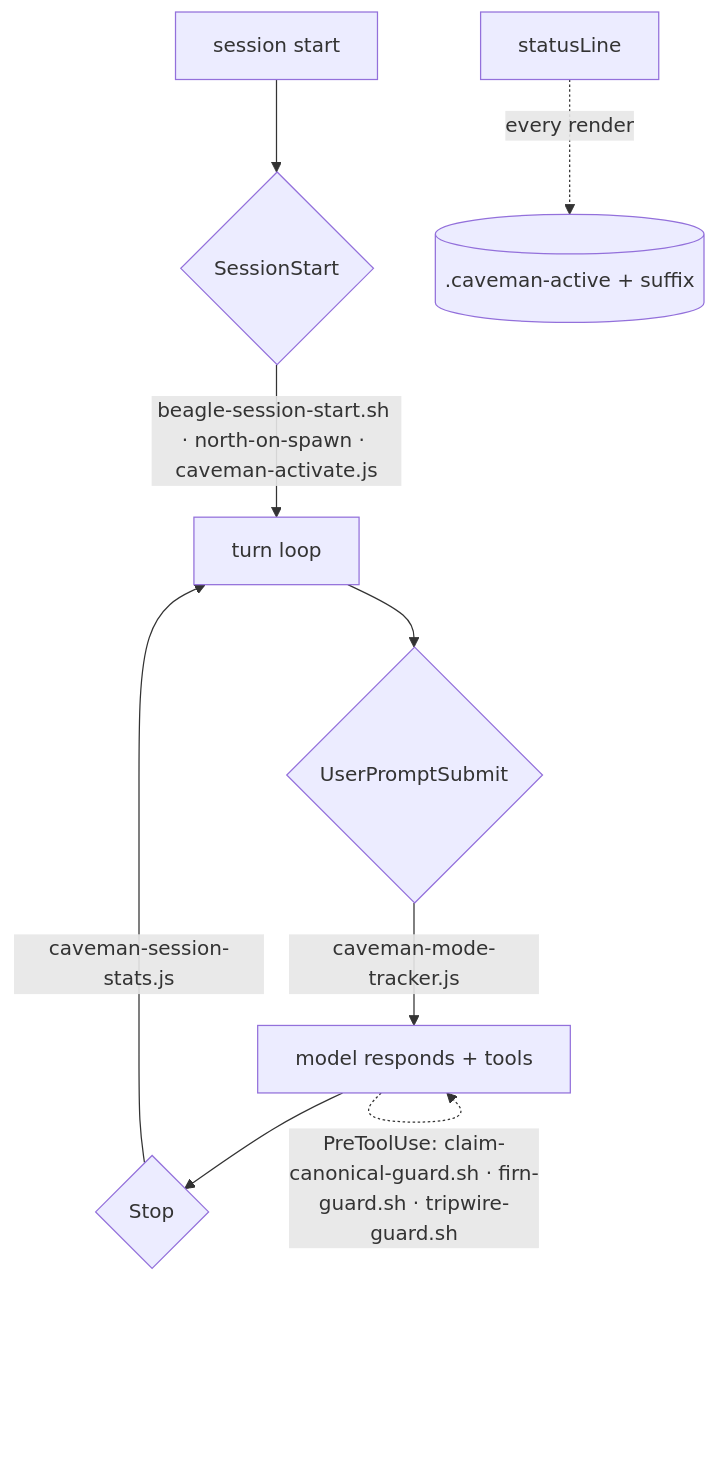
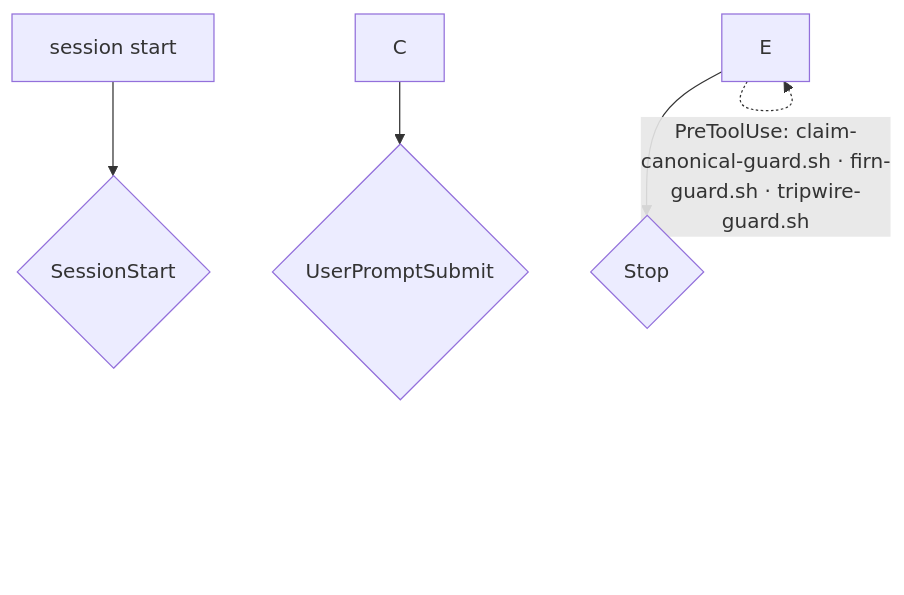
The diagram in docs/claude/02-local-map.md (tompassarelli/firn), drawn with Mermaid before and after one commit. The commit also changed other lines of this file and 10 other files, not shown here.

````diff
--- a/docs/claude/02-local-map.md
+++ b/docs/claude/02-local-map.md
@@ -49,11 +45,7 @@
 ```mermaid
 flowchart TD
   A[session start] --> B{SessionStart}
-  B -->|"beagle-session-start.sh · north-on-spawn · caveman-activate.js"| C[turn loop]
   C --> D{UserPromptSubmit}
-  D -->|"caveman-mode-tracker.js"| E["model responds + tools"]
   E -.->|"PreToolUse: claim-canonical-guard.sh · firn-guard.sh · tripwire-guard.sh"| E
   E --> F{Stop}
-  F -->|"caveman-session-stats.js"| C
-  G[statusLine] -.->|"every render"| Hs[(".caveman-active + suffix")]
 ```
````
